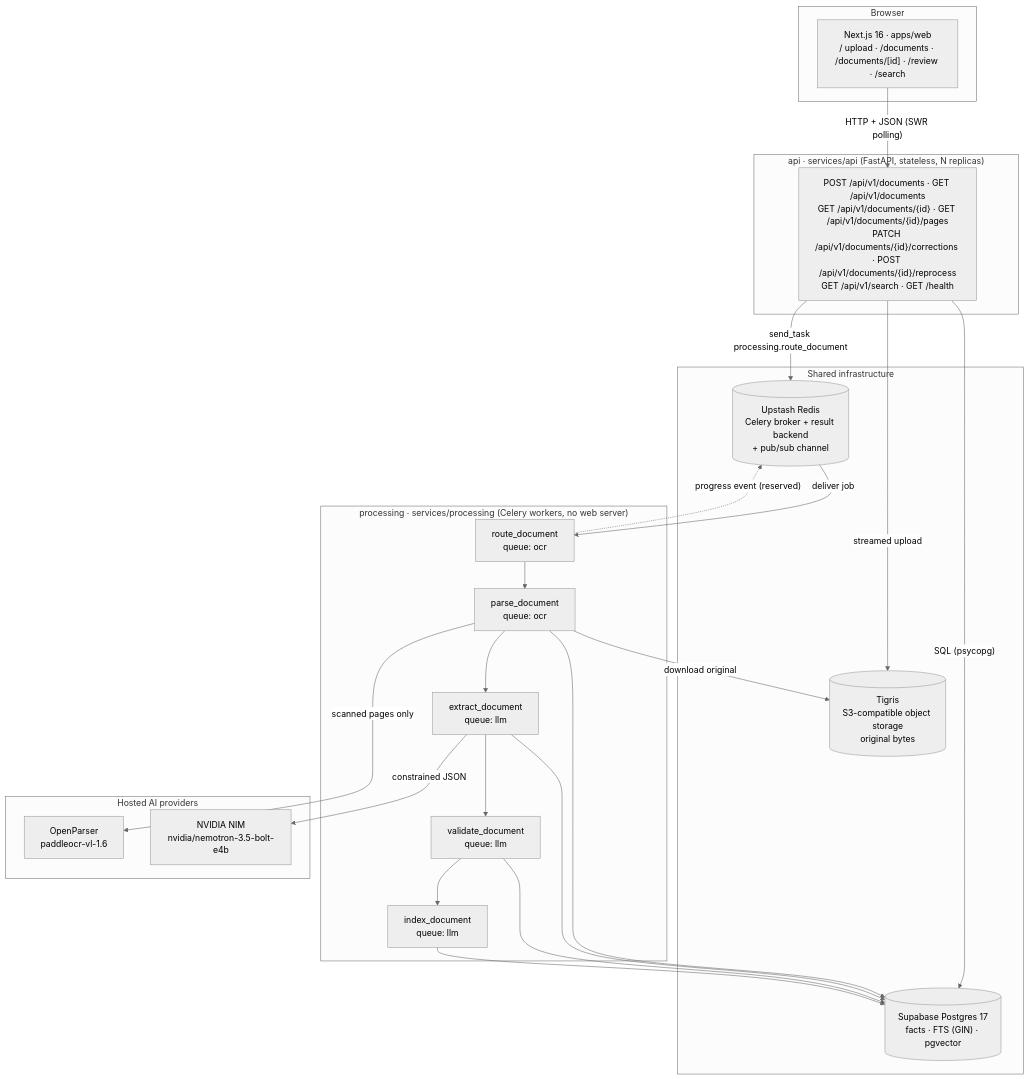
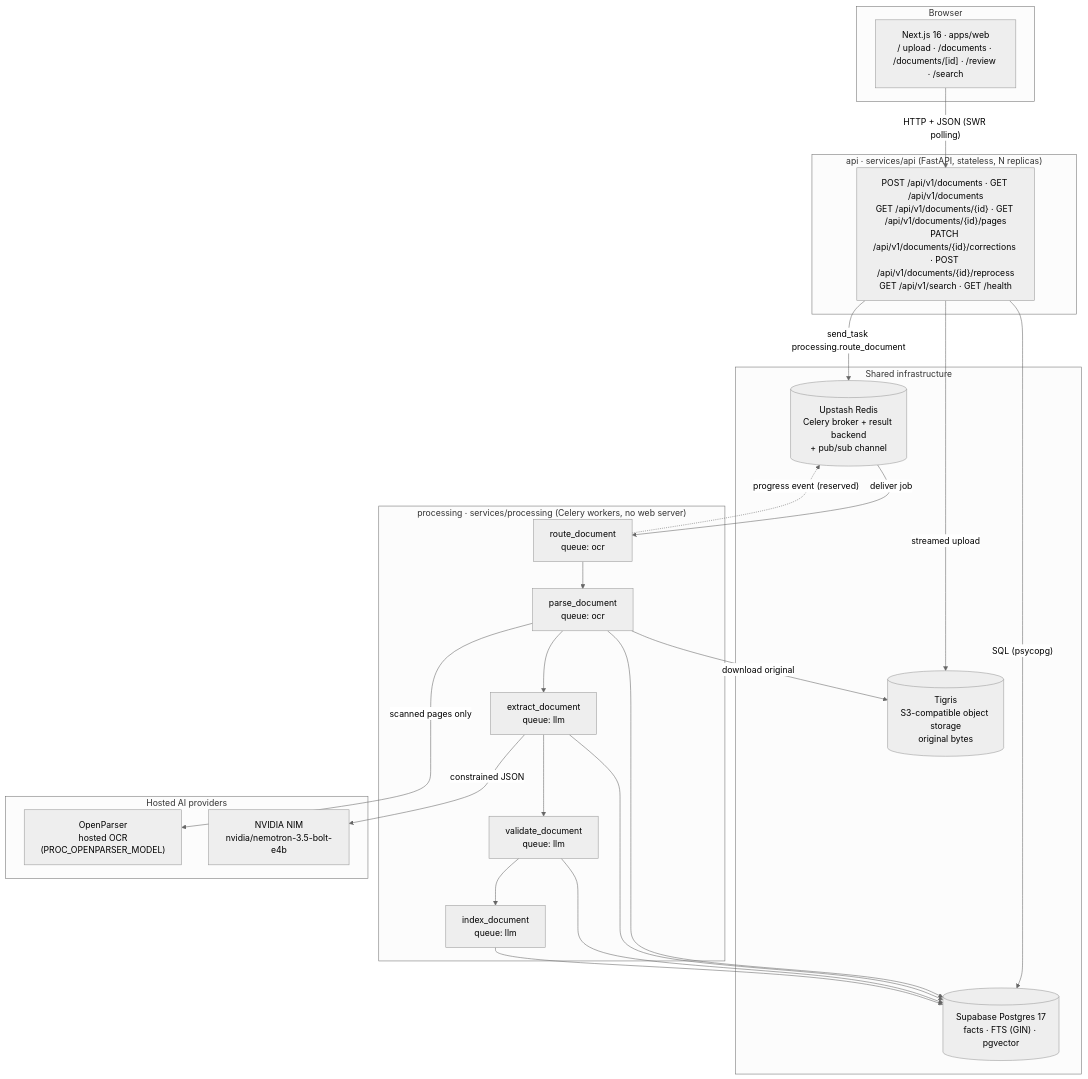
One commit to sysrecall/cgparse changed the first of 5 diagrams in docs/architecture.md. Above: the diagram before and after it, drawn with Mermaid (neutral theme). The commit also changed other lines of this file and 5 other files, not shown here.

First line of the commit message:
docs(repo): document the configurable OCR model

````diff
--- a/docs/architecture.md
+++ b/docs/architecture.md
@@ -22,44 +22,44 @@
 ```mermaid
 flowchart TB
     subgraph CLIENT["Browser"]
         UI["Next.js 16 · apps/web<br/>/ upload · /documents · /documents/[id] · /review · /search"]
     end
 
     subgraph API["api · services/api (FastAPI, stateless, N replicas)"]
         EP["POST /api/v1/documents · GET /api/v1/documents<br/>GET /api/v1/documents/{id} · GET /api/v1/documents/{id}/pages<br/>PATCH /api/v1/documents/{id}/corrections · POST /api/v1/documents/{id}/reprocess<br/>GET /api/v1/search · GET /health"]
     end
 
     subgraph PROC["processing · services/processing (Celery workers, no web server)"]
         R["route_document<br/>queue: ocr"]
         P["parse_document<br/>queue: ocr"]
         E["extract_document<br/>queue: llm"]
         V["validate_document<br/>queue: llm"]
         I["index_document<br/>queue: llm"]
         R --> P --> E --> V --> I
     end
 
     subgraph INFRA["Shared infrastructure"]
         S3[("Tigris<br/>S3-compatible object storage<br/>original bytes")]
         PG[("Supabase Postgres 17<br/>facts · FTS (GIN) · pgvector")]
         RD[("Upstash Redis<br/>Celery broker + result backend<br/>+ pub/sub channel")]
     end
 
     subgraph PROVIDERS["Hosted AI providers"]
-        OCR["OpenParser<br/>paddleocr-vl-1.6"]
+        OCR["OpenParser<br/>hosted OCR<br/>(PROC_OPENPARSER_MODEL)"]
         LLM["NVIDIA NIM<br/>nvidia/nemotron-3.5-bolt-e4b"]
     end
 
     UI -- "HTTP + JSON (SWR polling)" --> EP
     EP -- "streamed upload" --> S3
     EP -- "SQL (psycopg)" --> PG
     EP -- "send_task processing.route_document" --> RD
     RD -- "deliver job" --> R
     P -- "download original" --> S3
     P -- "scanned pages only" --> OCR
     E -- "constrained JSON" --> LLM
     P --> PG
     E --> PG
     V --> PG
     I --> PG
     R -.->|"progress event (reserved)"| RD
 ```
````
